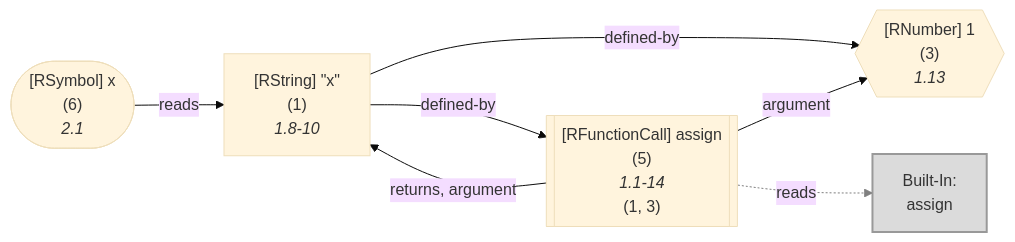
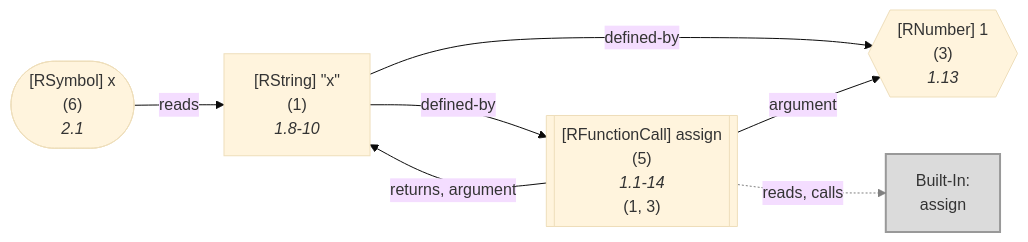
Diagram 20 of 51 in wiki/Dataflow Graph.md (flowr-analysis/flowr), drawn with Mermaid (base theme) before and after one commit. The commit also changed other lines of this file and 8 other files, not shown here.

Commit message:
[skip ci] doc: update generated wiki pages (wiki/Capabilities,wiki/Dataflow Graph,wiki/Query API,wiki/Search API,wiki/Engines,wiki/Interface,wiki/Control Flow Graph,wiki/Core,README)

````diff
--- a/wiki/Dataflow Graph.md
+++ b/wiki/Dataflow Graph.md
@@ -2961,26 +2961,26 @@
 ```mermaid
 flowchart LR
     3{{"`#91;RNumber#93; 1
       (3)
       *1.13*`"}}
     1["`#91;RString#93; #34;x#34;
       (1)
       *1.8-10*`"]
     5[["`#91;RFunctionCall#93; assign
       (5)
       *1.1-14*
     (1, 3)`"]]
     built-in:assign["`Built-In:
 assign`"]
     style built-in:assign stroke:gray,fill:lightgray,stroke-width:2px,opacity:.8;
     6(["`#91;RSymbol#93; x
       (6)
       *2.1*`"])
     1 -->|"defined-by"| 3
     1 -->|"defined-by"| 5
     5 -->|"argument"| 3
     5 -->|"returns, argument"| 1
-    5 -.->|"reads"| built-in:assign
+    5 -.->|"reads, calls"| built-in:assign
     linkStyle 4 stroke:gray;
     6 -->|"reads"| 1
 ```
````
